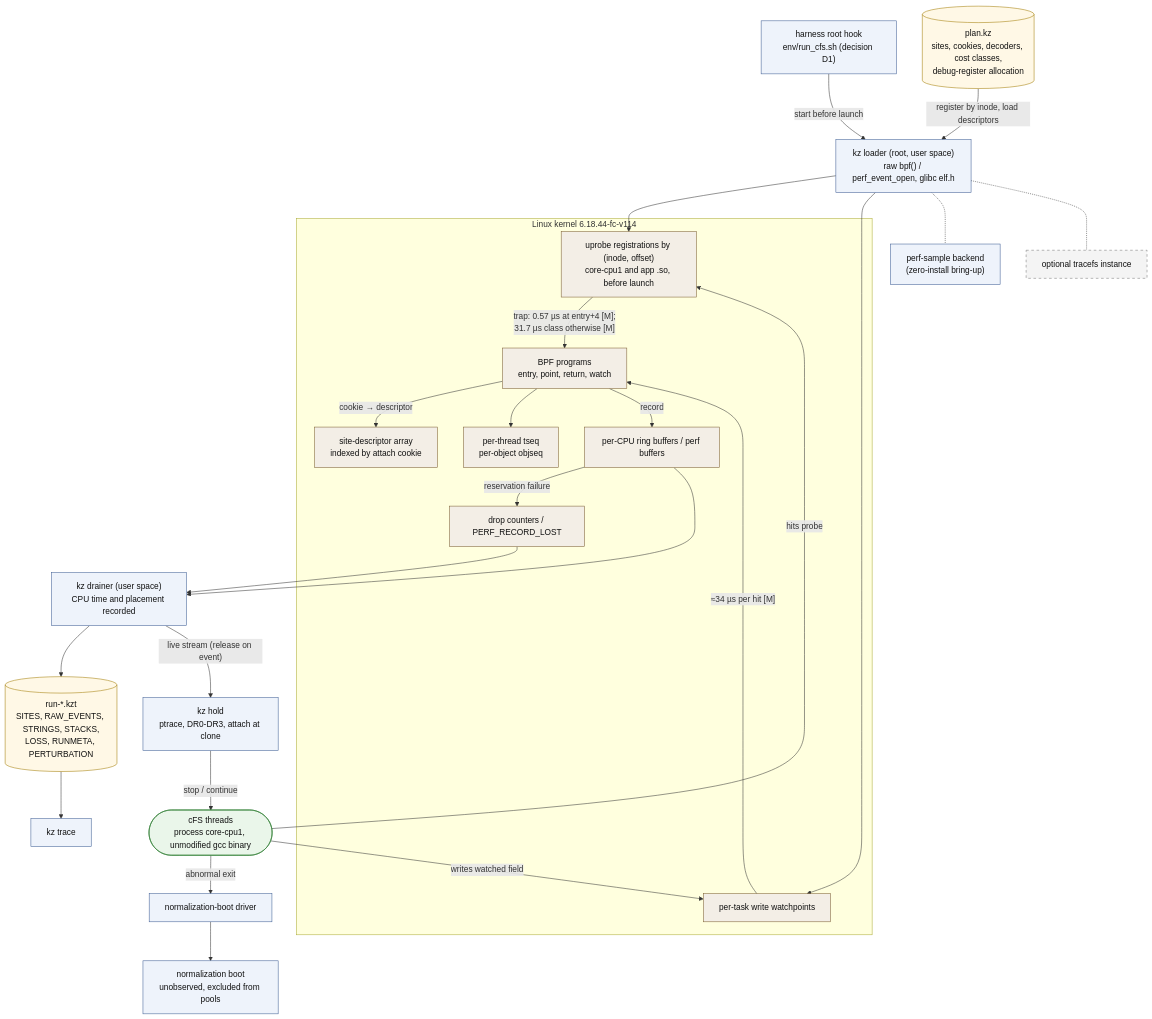
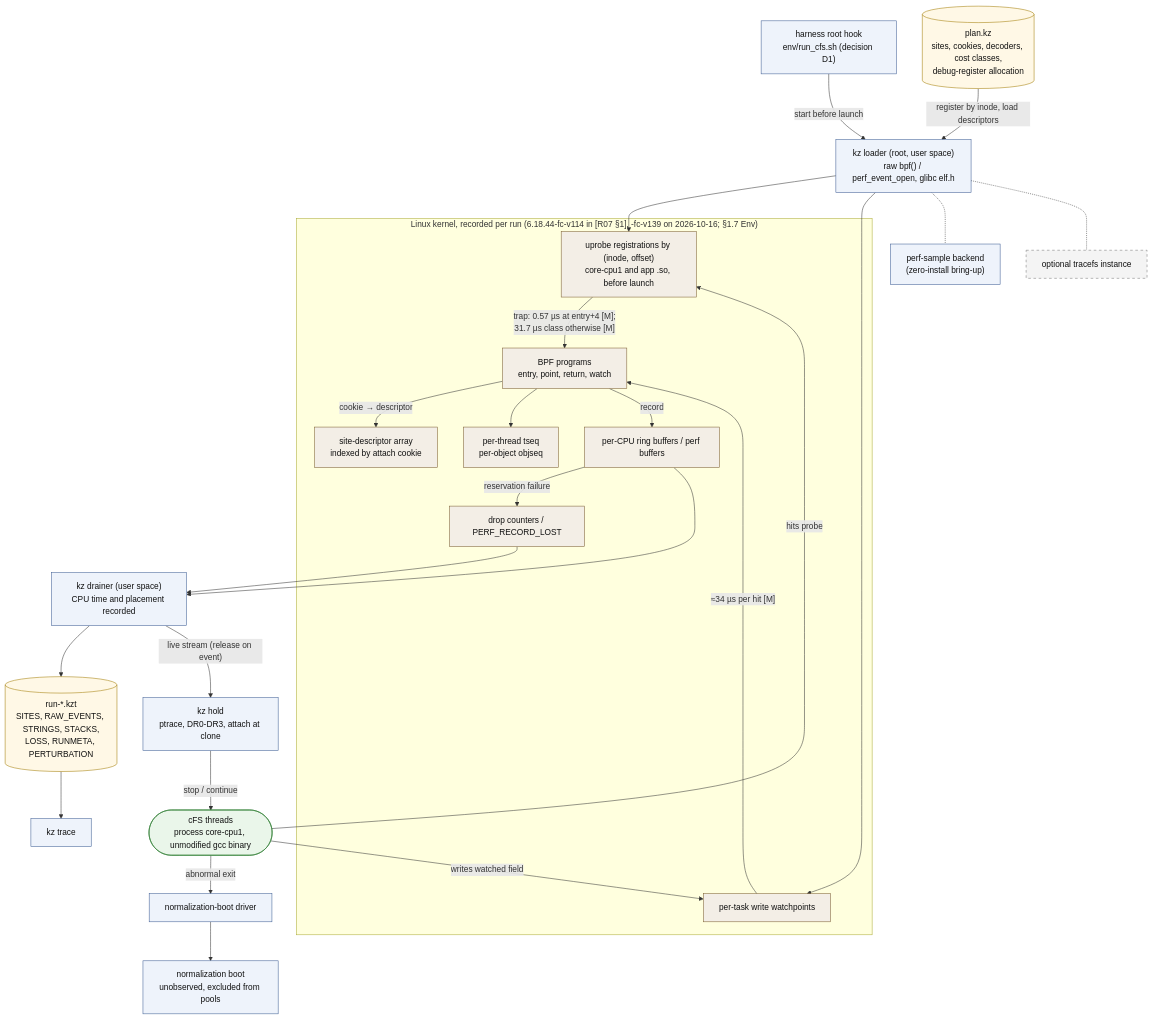
Before and after one commit to wookjaeya/Shape-Perf: the diagram in research/cfs_procrace/Architecture/diagrams/D7_observation_pipeline.mmd, drawn with Mermaid. The commit also changed 41 other files, not shown here.

First line of the commit message:
rev 1.3 diagrams: D0-D4, D6-D9 updated and re-rendered (mermaid-cli 11.17.0); diagrams README at rev 1.3; embedded figure blocks in 01-10 synced with the sources

```diff
--- a/research/cfs_procrace/Architecture/diagrams/D7_observation_pipeline.mmd
+++ b/research/cfs_procrace/Architecture/diagrams/D7_observation_pipeline.mmd
@@ -1,64 +1,64 @@
 flowchart TD
-    %% D7 - observation and hold pipeline on the unmodified gcc binary. Source: spec §12 D7; §5.1-5.7, §4.13.
+    %% D7 - observation and hold pipeline on the unmodified gcc binary. Source: spec §12 D7 (rev 1.2: kernel recorded per run, §1.7 Env, D11); §5.1-5.7, §4.13.
     %% Costs marked [M] are measured values quoted by the spec ([R07 §4.7]); nothing here was run by Kairos.
     %% Dashed border = optional (tracefs; P-TRACEFS recommends no).
 
     PLAN[("plan.kz<br/>sites, cookies, decoders, cost classes,<br/>debug-register allocation")]
     HOOK["harness root hook<br/>env/run_cfs.sh (decision D1)"]
 
     LOAD["kz loader (root, user space)<br/>raw bpf() / perf_event_open, glibc elf.h"]
     PSB["perf-sample backend<br/>(zero-install bring-up)"]
     DRN["kz drainer (user space)<br/>CPU time and placement recorded"]
     HOLD["kz hold<br/>ptrace, DR0-DR3, attach at clone"]
     NBD["normalization-boot driver"]
     TFS["optional tracefs instance"]
 
-    subgraph KERN["Linux kernel 6.18.44-fc-v114"]
+    subgraph KERN["Linux kernel, recorded per run (6.18.44-fc-v114 in [R07 §1], -fc-v139 on 2026-10-16; §1.7 Env)"]
         UPR["uprobe registrations by (inode, offset)<br/>core-cpu1 and app .so, before launch"]
         WP["per-task write watchpoints"]
         BPF["BPF programs<br/>entry, point, return, watch"]
         DESC["site-descriptor array<br/>indexed by attach cookie"]
         SEQ["per-thread tseq<br/>per-object objseq"]
         BUF["per-CPU ring buffers / perf buffers"]
         DROP["drop counters / PERF_RECORD_LOST"]
     end
 
     THR(["cFS threads<br/>process core-cpu1, unmodified gcc binary"])
 
     RUN[("run-*.kzt<br/>SITES, RAW_EVENTS, STRINGS, STACKS,<br/>LOSS, RUNMETA, PERTURBATION")]
     TRC["kz trace"]
     NB["normalization boot<br/>unobserved, excluded from pools"]
 
     HOOK -->|"start before launch"| LOAD
     PLAN -->|"register by inode, load descriptors"| LOAD
     LOAD --> UPR
     LOAD --> WP
     LOAD -.- PSB
     LOAD -.- TFS
     THR -->|"hits probe"| UPR
     THR -->|"writes watched field"| WP
     UPR -->|"trap: 0.57 µs at entry+4 [M];<br/>31.7 µs class otherwise [M]"| BPF
     WP -->|"≈34 µs per hit [M]"| BPF
     BPF -->|"cookie → descriptor"| DESC
     BPF --> SEQ
     BPF -->|"record"| BUF
     BUF -->|"reservation failure"| DROP
     BUF --> DRN
     DROP --> DRN
     DRN --> RUN
     DRN -->|"live stream (release on event)"| HOLD
     HOLD -->|"stop / continue"| THR
     THR -->|"abnormal exit"| NBD
     NBD --> NB
     RUN --> TRC
 
     classDef comp fill:#eef3fb,stroke:#3b5b92,color:#111
     classDef art fill:#fff8e6,stroke:#a07a00,color:#111
     classDef gated fill:#f4f4f4,stroke:#777,stroke-dasharray:5 5,color:#111
     classDef kern fill:#f3eee6,stroke:#7a5c2e,color:#111
     classDef bin fill:#eaf6ea,stroke:#2e7d32,color:#111
     class LOAD,PSB,DRN,HOLD,NBD,TRC,HOOK,NB comp
     class PLAN,RUN art
     class TFS gated
     class UPR,WP,BPF,DESC,SEQ,BUF,DROP kern
     class THR bin
```
